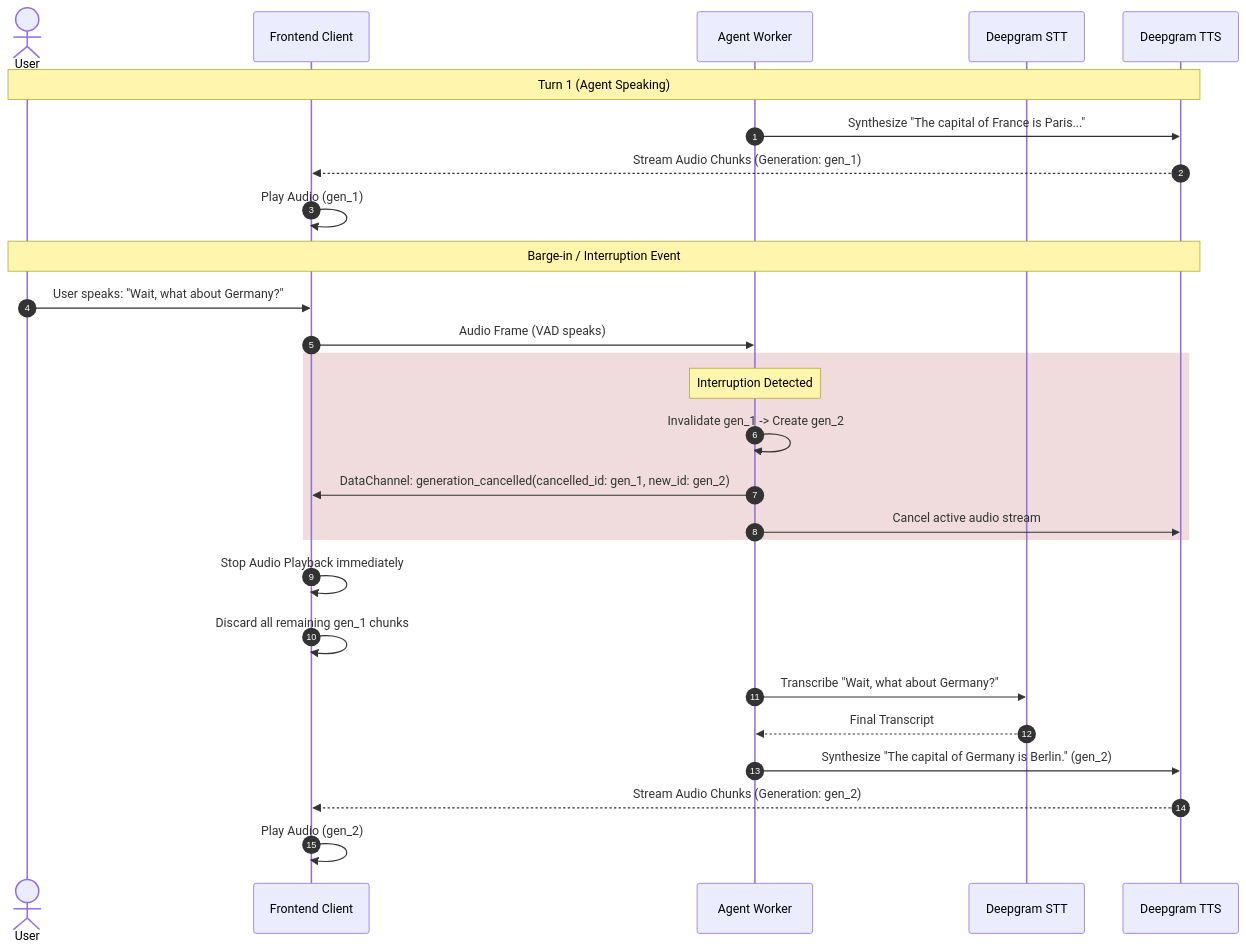
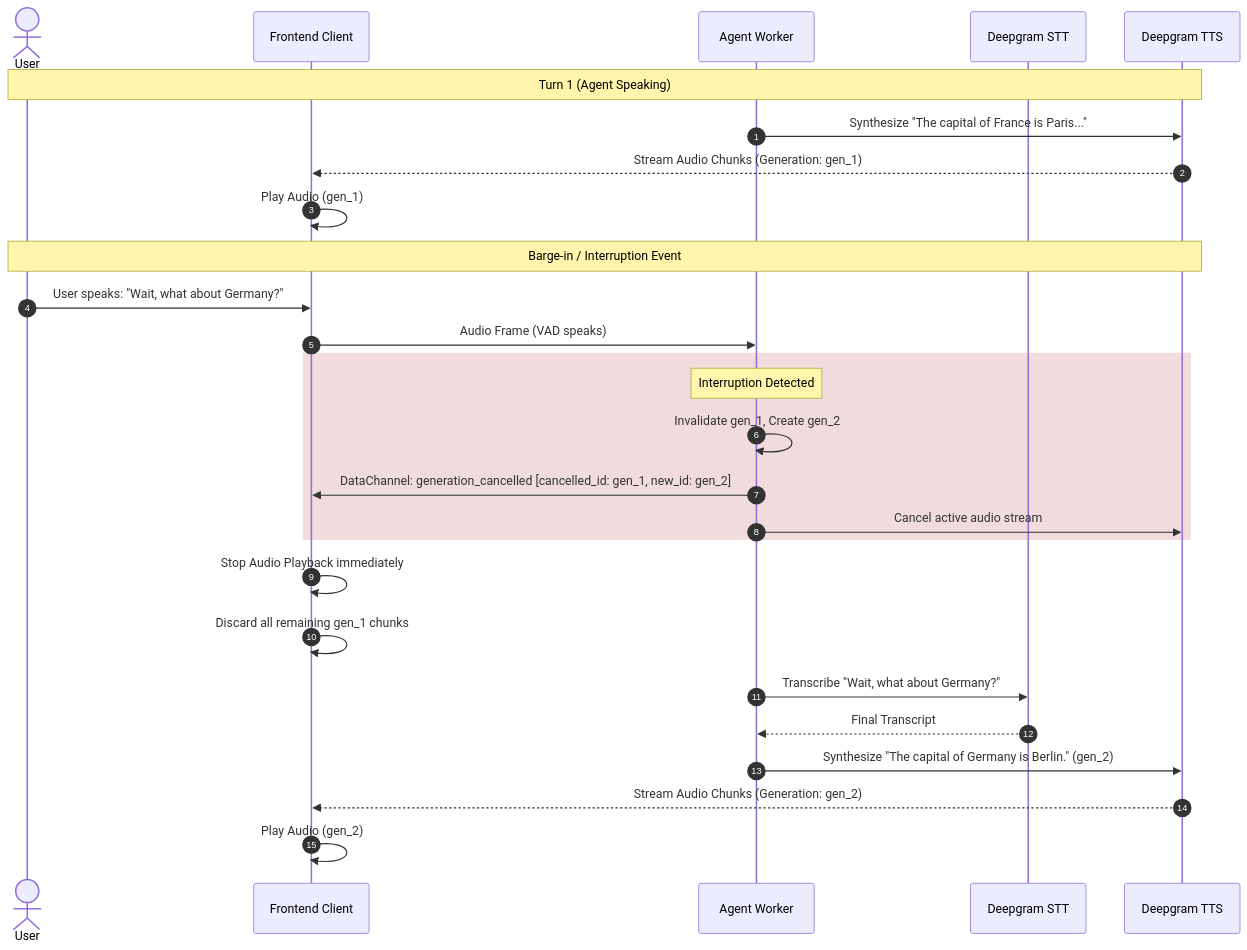
Before and after one commit to Harshalzarikar/voice-assessment: the second of 2 diagrams in ARCHITECTURE.md, drawn with Mermaid. The commit also changed other lines of this file, not shown here.

````diff
--- a/ARCHITECTURE.md
+++ b/ARCHITECTURE.md
@@ -151,34 +151,34 @@
 ```mermaid
 sequenceDiagram
     autonumber
     actor User
     participant Browser as Frontend Client
     participant Worker as Agent Worker
     participant STT as Deepgram STT
     participant TTS as Deepgram TTS
 
     Note over User,TTS: Turn 1 (Agent Speaking)
     Worker->>TTS: Synthesize "The capital of France is Paris..."
     TTS-->>Browser: Stream Audio Chunks (Generation: gen_1)
     Browser->>Browser: Play Audio (gen_1)
 
     Note over User,TTS: Barge-in / Interruption Event
     User->>Browser: User speaks: "Wait, what about Germany?"
     Browser->>Worker: Audio Frame (VAD speaks)
     
     rect rgb(240, 220, 220)
         Note over Worker: Interruption Detected
-        Worker->>Worker: Invalidate gen_1 -> Create gen_2
-        Worker->>Browser: DataChannel: generation_cancelled(cancelled_id: gen_1, new_id: gen_2)
+        Worker->>Worker: Invalidate gen_1, Create gen_2
+        Worker->>Browser: DataChannel: generation_cancelled [cancelled_id: gen_1, new_id: gen_2]
         Worker->>TTS: Cancel active audio stream
     end
 
     Browser->>Browser: Stop Audio Playback immediately
     Browser->>Browser: Discard all remaining gen_1 chunks
     
     Worker->>STT: Transcribe "Wait, what about Germany?"
     STT-->>Worker: Final Transcript
     Worker->>TTS: Synthesize "The capital of Germany is Berlin." (gen_2)
     TTS-->>Browser: Stream Audio Chunks (Generation: gen_2)
     Browser->>Browser: Play Audio (gen_2)
 ```
````
